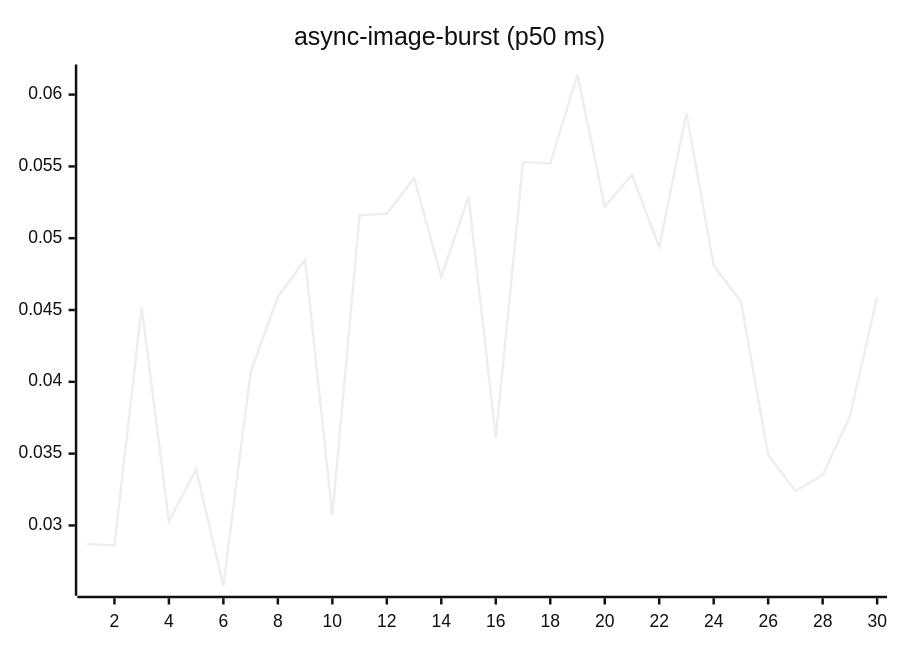
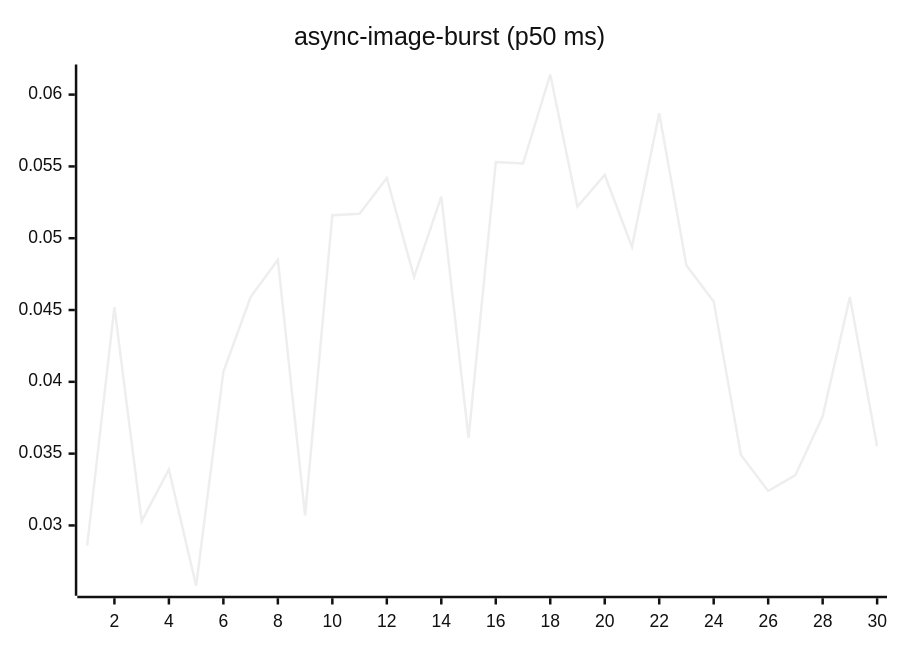
The fourth of 27 diagrams in README.md (josha/Facet), drawn with Mermaid (neutral theme) before and after one commit. The commit also changed other lines of this file and 2 other files, not shown here.

````diff
--- a/README.md
+++ b/README.md
@@ -84,6 +84,6 @@
 ```mermaid
 xychart-beta
     title "async-image-burst (p50 ms)"
     x-axis 1 --> 30
-    line [0.0287, 0.0286, 0.0452, 0.0303, 0.0339, 0.0258, 0.0407, 0.0459, 0.0485, 0.0307, 0.0516, 0.0517, 0.0542, 0.0473, 0.0529, 0.0361, 0.0553, 0.0552, 0.0614, 0.0522, 0.0544, 0.0494, 0.0587, 0.0481, 0.0456, 0.0349, 0.0324, 0.0335, 0.0376, 0.0459]
+    line [0.0286, 0.0452, 0.0303, 0.0339, 0.0258, 0.0407, 0.0459, 0.0485, 0.0307, 0.0516, 0.0517, 0.0542, 0.0473, 0.0529, 0.0361, 0.0553, 0.0552, 0.0614, 0.0522, 0.0544, 0.0494, 0.0587, 0.0481, 0.0456, 0.0349, 0.0324, 0.0335, 0.0376, 0.0459, 0.0355]
 ```
````
